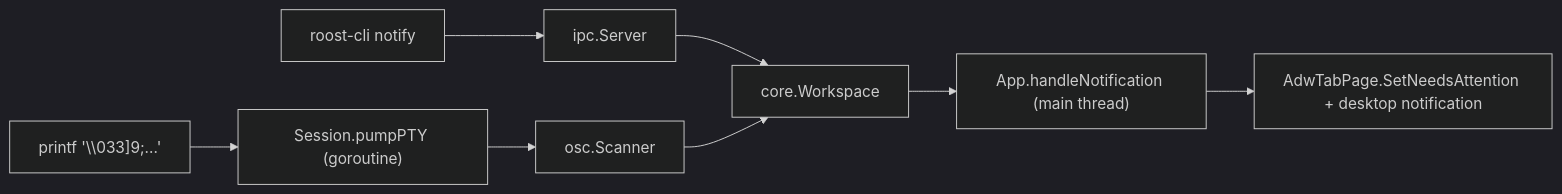
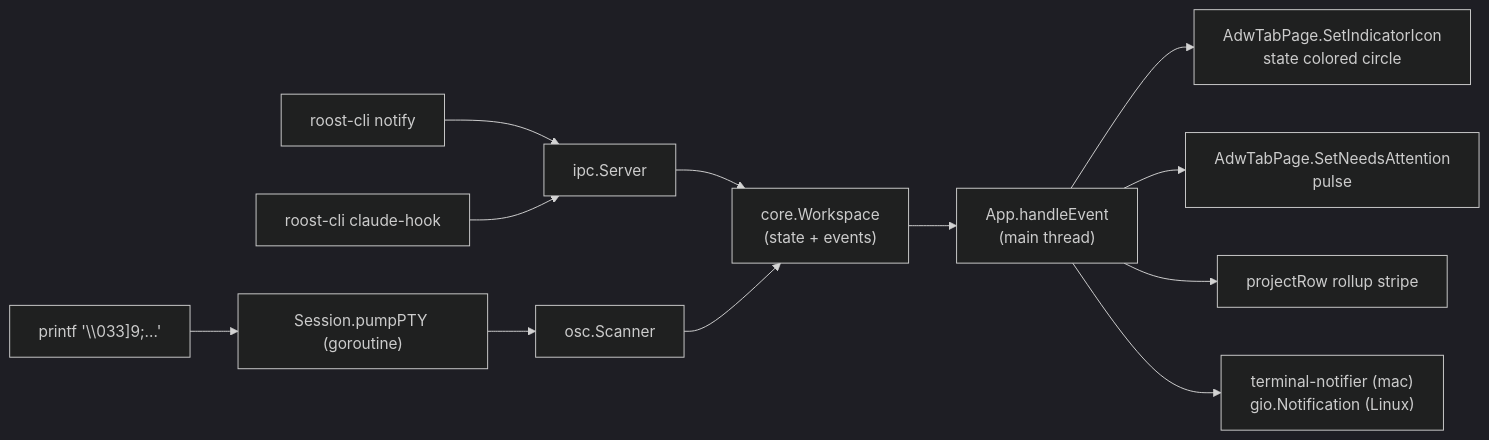
One commit to charliek/roost changed the diagram in docs/reference/architecture.md. Above: the diagram before and after it, drawn with Mermaid (dark theme). The commit also changed other lines of this file and 7 other files, not shown here.

First line of the commit message:
Replace osascript with terminal-notifier and add click-through

````diff
--- a/docs/reference/architecture.md
+++ b/docs/reference/architecture.md
@@ -66,15 +66,24 @@
 ```mermaid
 flowchart LR
     Sender["roost-cli notify"]
+    Hook["roost-cli claude-hook"]
     OSC["printf '\\033]9;...'"]
     Pump["Session.pumpPTY (goroutine)"]
     Scanner["osc.Scanner"]
     IPC["ipc.Server"]
-    WS["core.Workspace"]
-    App["App.handleNotification (main thread)"]
-    UI["AdwTabPage.SetNeedsAttention + desktop notification"]
+    WS["core.Workspace<br/>(state + events)"]
+    App["App.handleEvent<br/>(main thread)"]
+    Indicator["AdwTabPage.SetIndicatorIcon<br/>state colored circle"]
+    Badge["AdwTabPage.SetNeedsAttention<br/>pulse"]
+    Stripe["projectRow rollup stripe"]
+    Banner["terminal-notifier (mac)<br/>gio.Notification (Linux)"]
 
     Sender --> IPC --> WS
+    Hook --> IPC
     OSC --> Pump --> Scanner --> WS
-    WS --> App --> UI
+    WS --> App
+    App --> Indicator
+    App --> Badge
+    App --> Stripe
+    App --> Banner
 ```
````
